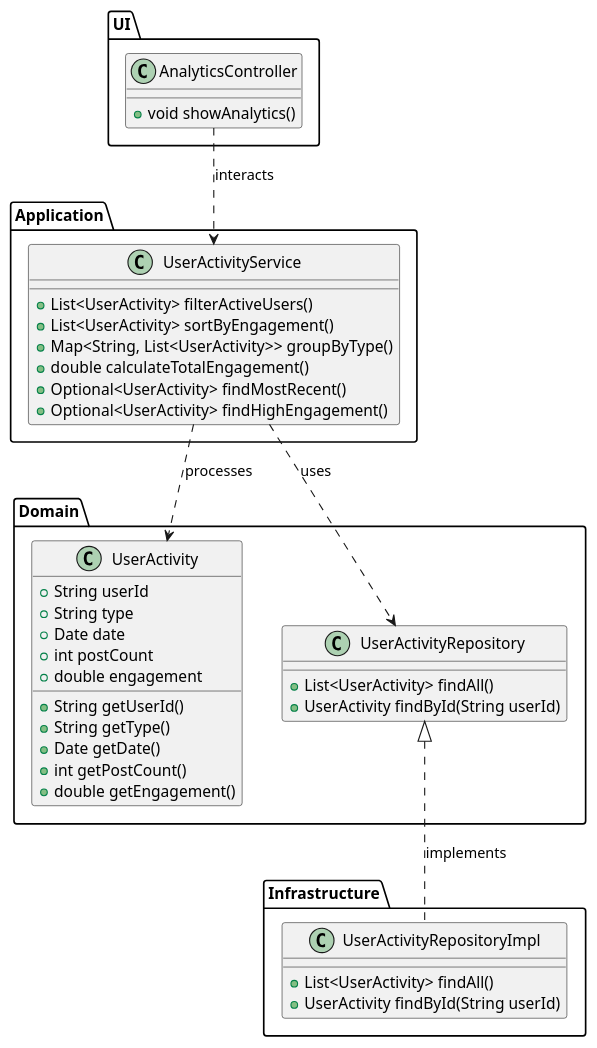
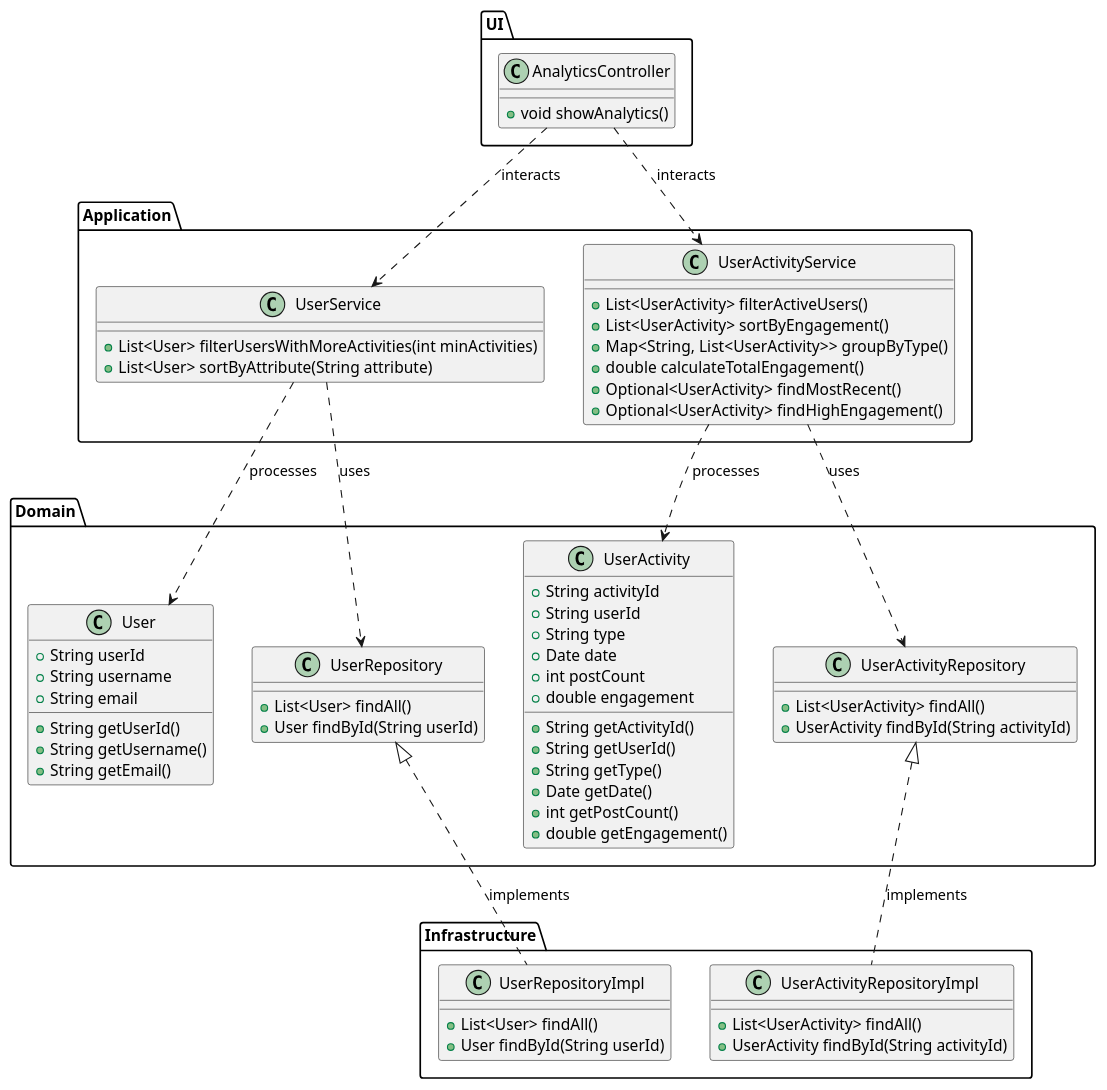
Before and after one commit to Obaid-Ghafoori/ocp-java-17: the diagram in src/chapter_10/social_media_analyzer/SocialMediaAnalyticsSystem.puml, drawn with PlantUML. The commit also changed other lines of this file, not shown here.

Commit message:
feat: update system UML

```diff
--- a/src/chapter_10/social_media_analyzer/SocialMediaAnalyticsSystem.puml
+++ b/src/chapter_10/social_media_analyzer/SocialMediaAnalyticsSystem.puml
@@ -1,52 +7,82 @@
 @startuml
 
 package "Domain" {
+    class User {
+        +String userId
+        +String username
+        +String email
+        +String getUserId()
+        +String getUsername()
+        +String getEmail()
+    }
+
     class UserActivity {
+        +String activityId
         +String userId
         +String type
         +Date date
         +int postCount
         +double engagement
+        +String getActivityId()
         +String getUserId()
         +String getType()
         +Date getDate()
         +int getPostCount()
         +double getEngagement()
     }
 
+    class UserRepository {
+        +List<User> findAll()
+        +User findById(String userId)
+    }
+
     class UserActivityRepository {
         +List<UserActivity> findAll()
-        +UserActivity findById(String userId)
+        +UserActivity findById(String activityId)
     }
 }
 
 package "Application" {
+    class UserService {
+        +List<User> filterUsersWithMoreActivities(int minActivities)
+        +List<User> sortByAttribute(String attribute)
+    }
+
     class UserActivityService {
         +List<UserActivity> filterActiveUsers()
         +List<UserActivity> sortByEngagement()
         +Map<String, List<UserActivity>> groupByType()
         +double calculateTotalEngagement()
         +Optional<UserActivity> findMostRecent()
         +Optional<UserActivity> findHighEngagement()
     }
 }
 
 package "Infrastructure" {
+    class UserRepositoryImpl {
+        +List<User> findAll()
+        +User findById(String userId)
+    }
+
     class UserActivityRepositoryImpl {
         +List<UserActivity> findAll()
-        +UserActivity findById(String userId)
+        +UserActivity findById(String activityId)
     }
 }
 
 package "UI" {
     class AnalyticsController {
         +void showAnalytics()
     }
 }
 
+UserRepository <|.. UserRepositoryImpl : implements
 UserActivityRepository <|.. UserActivityRepositoryImpl : implements
+UserService ..> UserRepository : uses
 UserActivityService ..> UserActivityRepository : uses
+UserService ..> User : processes
 UserActivityService ..> UserActivity : processes
+AnalyticsController ..> UserService : interacts
 AnalyticsController ..> UserActivityService : interacts
 
 @enduml
```
